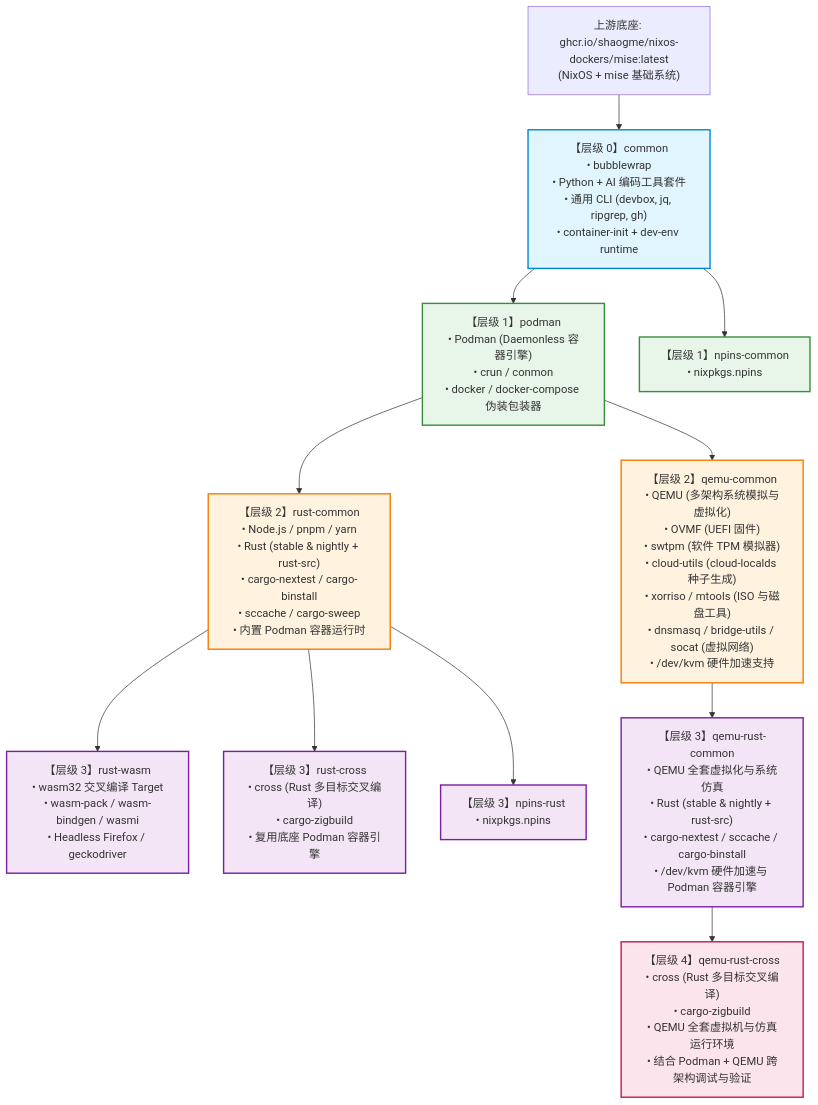
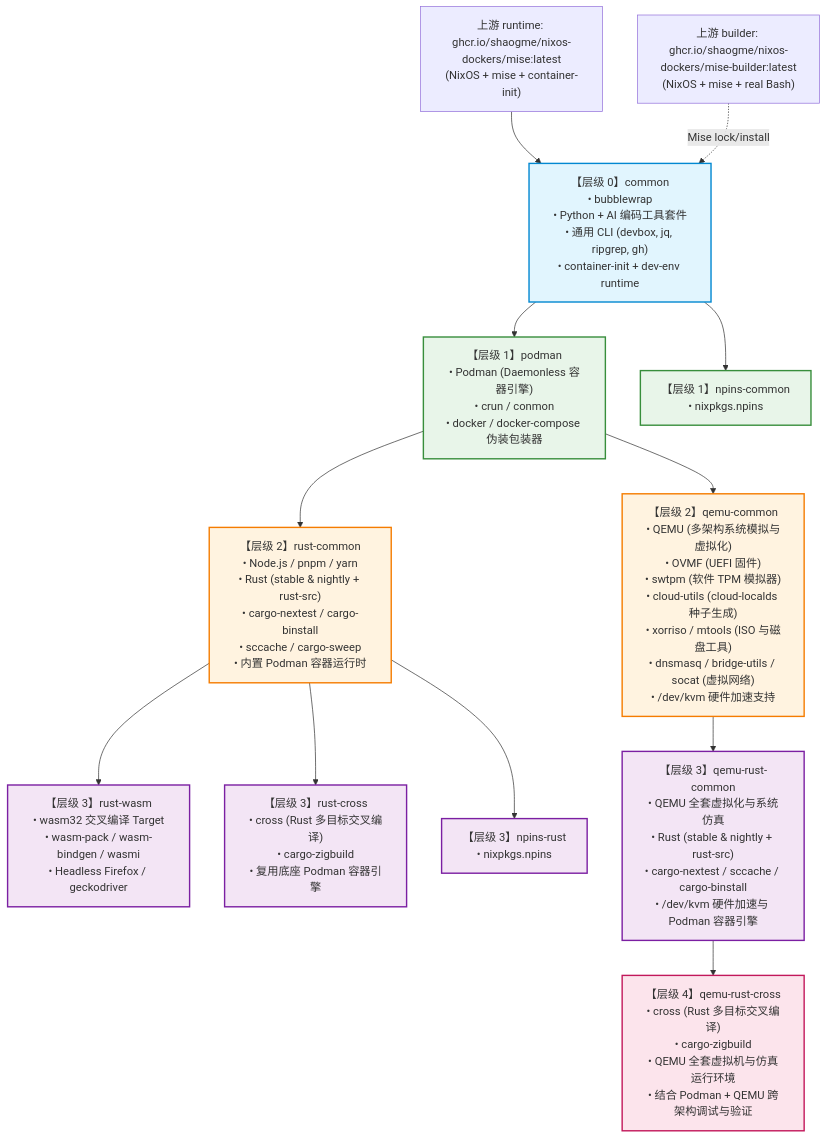
The first of 5 diagrams in README.md (shaogme/coding-images), drawn with Mermaid before and after one commit. The commit also changed other lines of this file and 11 other files, not shown here.

````diff
--- a/README.md
+++ b/README.md
@@ -62,47 +63,49 @@
 ```mermaid
 flowchart TD
-    Upstream["上游底座: ghcr.io/shaogme/nixos-dockers/mise:latest<br/>(NixOS + mise 基础系统)"]
+    Upstream["上游 runtime: ghcr.io/shaogme/nixos-dockers/mise:latest<br/>(NixOS + mise + container-init)"]
+    Builder["上游 builder: ghcr.io/shaogme/nixos-dockers/mise-builder:latest<br/>(NixOS + mise + real Bash)"]
     
     Common["【层级 0】common<br/>• bubblewrap<br/>• Python + AI 编码工具套件<br/>• 通用 CLI (devbox, jq, ripgrep, gh)<br/>• container-init + dev-env runtime"]
 
     Podman["【层级 1】podman<br/>• Podman (Daemonless 容器引擎)<br/>• crun / conmon<br/>• docker / docker-compose 伪装包装器"]
     
     NpinsCommon["【层级 1】npins-common<br/>• nixpkgs.npins"]
 
     RustCommon["【层级 2】rust-common<br/>• Node.js / pnpm / yarn<br/>• Rust (stable & nightly + rust-src)<br/>• cargo-nextest / cargo-binstall<br/>• sccache / cargo-sweep<br/>• 内置 Podman 容器运行时"]
 
     QemuCommon["【层级 2】qemu-common<br/>• QEMU (多架构系统模拟与虚拟化)<br/>• OVMF (UEFI 固件)<br/>• swtpm (软件 TPM 模拟器)<br/>• cloud-utils (cloud-localds 种子生成)<br/>• xorriso / mtools (ISO 与磁盘工具)<br/>• dnsmasq / bridge-utils / socat (虚拟网络)<br/>• /dev/kvm 硬件加速支持"]
     
     RustWasm["【层级 3】rust-wasm<br/>• wasm32 交叉编译 Target<br/>• wasm-pack / wasm-bindgen / wasmi<br/>• Headless Firefox / geckodriver"]
     
     RustCross["【层级 3】rust-cross<br/>• cross (Rust 多目标交叉编译)<br/>• cargo-zigbuild<br/>• 复用底座 Podman 容器引擎"]
 
     NpinsRust["【层级 3】npins-rust<br/>• nixpkgs.npins"]
 
     QemuRustCommon["【层级 3】qemu-rust-common<br/>• QEMU 全套虚拟化与系统仿真<br/>• Rust (stable & nightly + rust-src)<br/>• cargo-nextest / sccache / cargo-binstall<br/>• /dev/kvm 硬件加速与 Podman 容器引擎"]
 
     QemuRustCross["【层级 4】qemu-rust-cross<br/>• cross (Rust 多目标交叉编译)<br/>• cargo-zigbuild<br/>• QEMU 全套虚拟机与仿真运行环境<br/>• 结合 Podman + QEMU 跨架构调试与验证"]
 
     Upstream --> Common
+    Builder -.->|Mise lock/install| Common
     Common --> Podman
     Common --> NpinsCommon
     Podman --> RustCommon
     Podman --> QemuCommon
     RustCommon --> NpinsRust
     RustCommon --> RustWasm
     RustCommon --> RustCross
     QemuCommon --> QemuRustCommon
     QemuRustCommon --> QemuRustCross
 
     classDef base fill:#e1f5fe,stroke:#0288d1,stroke-width:2px;
     classDef l1 fill:#e8f5e9,stroke:#388e3c,stroke-width:2px;
     classDef l2 fill:#fff3e0,stroke:#f57c00,stroke-width:2px;
     classDef l3 fill:#f3e5f5,stroke:#7b1fa2,stroke-width:2px;
     classDef l4 fill:#fce4ec,stroke:#c2185b,stroke-width:2px;
 
     class Common base;
     class Podman,NpinsCommon l1;
     class RustCommon,QemuCommon l2;
     class NpinsRust,RustWasm,RustCross,QemuRustCommon l3;
     class QemuRustCross l4;
 ```
````
